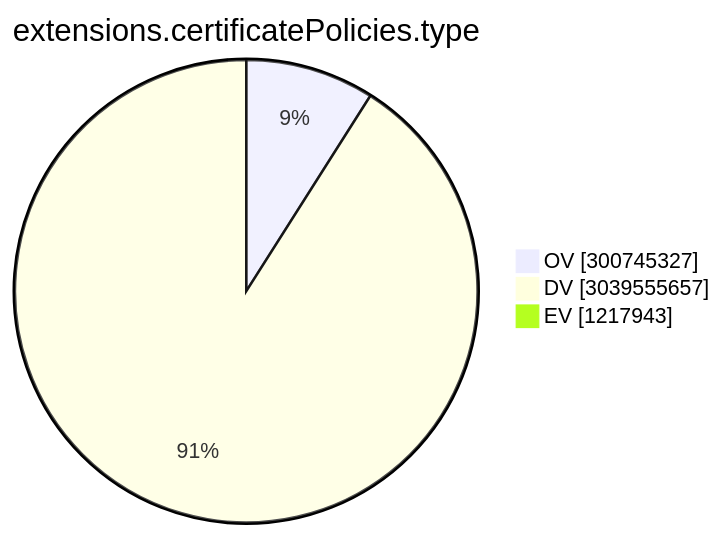
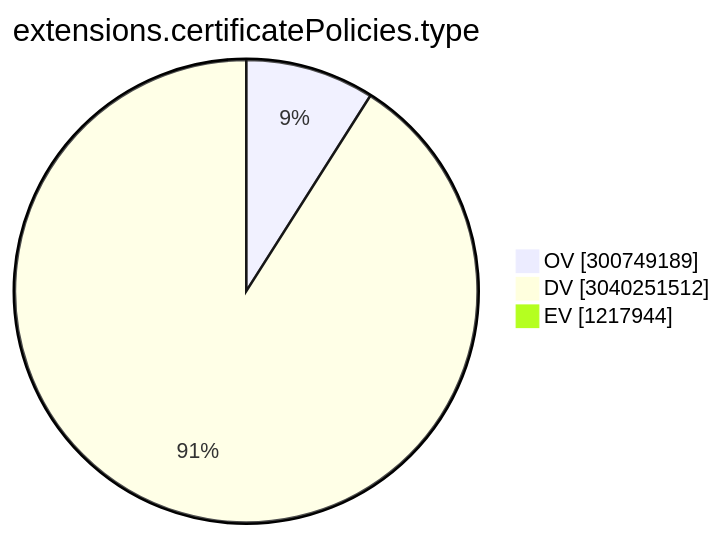
One commit to christiankrug/ctmonitor_visualization changed the ninth of 15 diagrams in TOTAL/README.md. Above: the diagram before and after it, drawn with Mermaid. The commit also changed other lines of this file, not shown here.

````diff
--- a/TOTAL/README.md
+++ b/TOTAL/README.md
@@ -3102,7 +3102,7 @@
 ```mermaid
 pie showData
 title extensions.certificatePolicies.type
-"OV" :300745327
-"DV" :3039555657
-"EV" :1217943
+"OV" :300749189
+"DV" :3040251512
+"EV" :1217944
 ```
````
